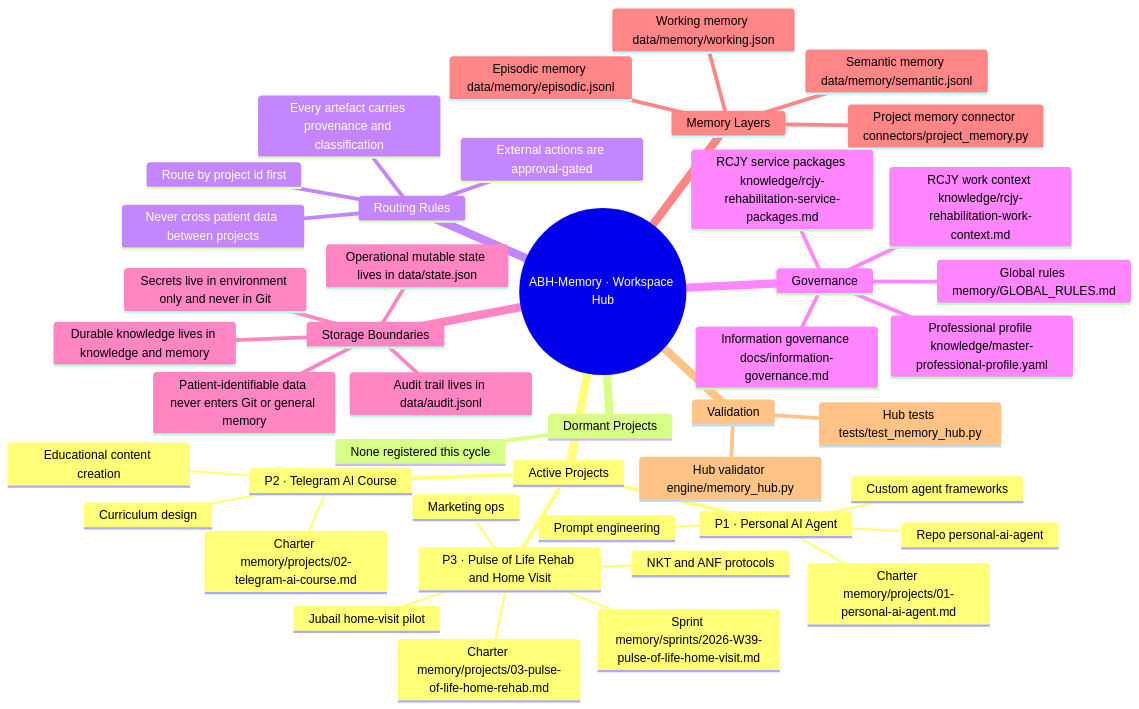
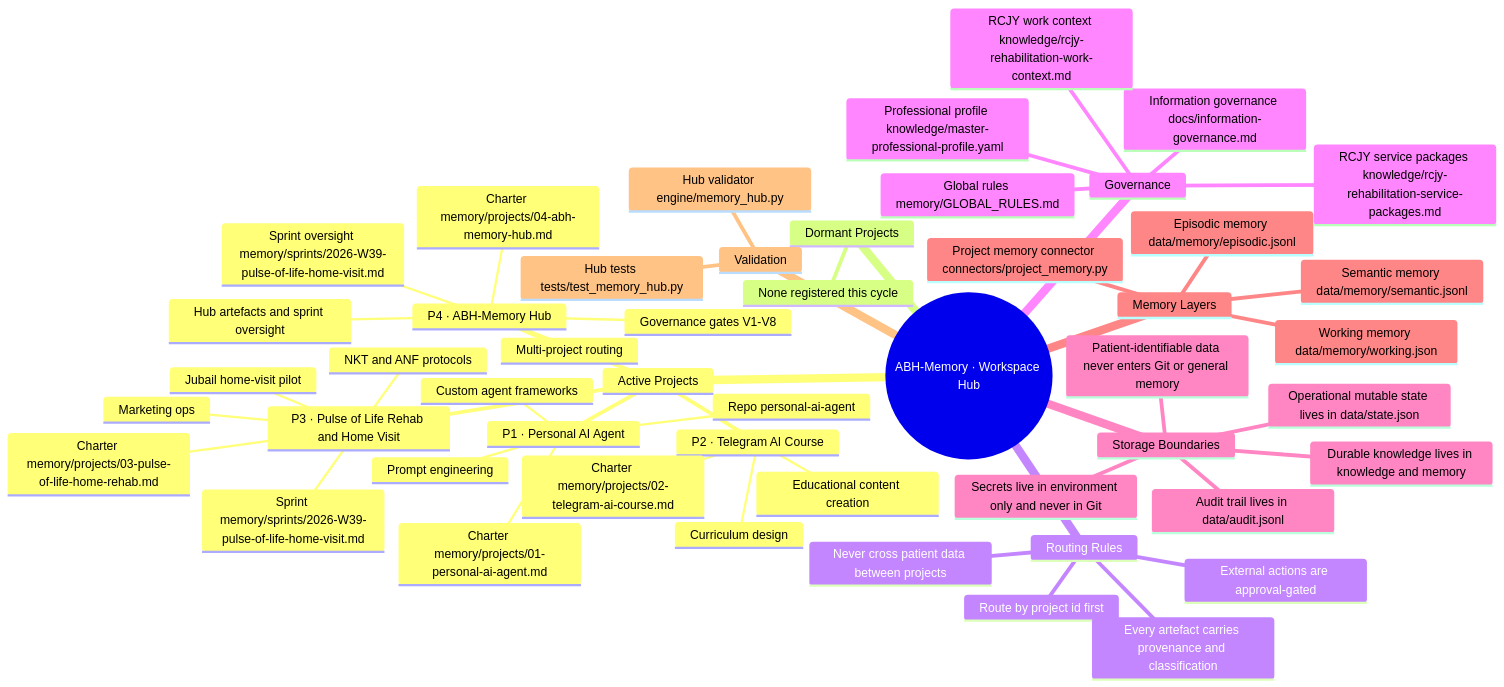
One commit to addn2030-svg/personal-ai-agent changed the diagram in root_memory.mmd. Above: the diagram before and after it, drawn with Mermaid. The commit also changed 5 other files, not shown here.

First line of the commit message:
hub(P4): register ABH-Memory Hub as a tracked project — charter, registry, map, tests

```diff
--- a/root_memory.mmd
+++ b/root_memory.mmd
@@ -1,45 +1,51 @@
 mindmap
   root((ABH-Memory · Workspace Hub))
     Active Projects
       P1 · Personal AI Agent
         Prompt engineering
         Custom agent frameworks
         Repo personal-ai-agent
         Charter memory/projects/01-personal-ai-agent.md
       P2 · Telegram AI Course
         Educational content creation
         Curriculum design
         Charter memory/projects/02-telegram-ai-course.md
       P3 · Pulse of Life Rehab and Home Visit
         Jubail home-visit pilot
         NKT and ANF protocols
         Marketing ops
         Charter memory/projects/03-pulse-of-life-home-rehab.md
         Sprint memory/sprints/2026-W39-pulse-of-life-home-visit.md
+      P4 · ABH-Memory Hub
+        Multi-project routing
+        Governance gates V1-V8
+        Hub artefacts and sprint oversight
+        Charter memory/projects/04-abh-memory-hub.md
+        Sprint oversight memory/sprints/2026-W39-pulse-of-life-home-visit.md
     Dormant Projects
       None registered this cycle
     Routing Rules
       Route by project id first
       Never cross patient data between projects
       Every artefact carries provenance and classification
       External actions are approval-gated
     Governance
       Global rules memory/GLOBAL_RULES.md
       Information governance docs/information-governance.md
       Professional profile knowledge/master-professional-profile.yaml
       RCJY work context knowledge/rcjy-rehabilitation-work-context.md
       RCJY service packages knowledge/rcjy-rehabilitation-service-packages.md
     Storage Boundaries
       Durable knowledge lives in knowledge and memory
       Operational mutable state lives in data/state.json
       Audit trail lives in data/audit.jsonl
       Secrets live in environment only and never in Git
       Patient-identifiable data never enters Git or general memory
     Memory Layers
       Working memory data/memory/working.json
       Episodic memory data/memory/episodic.jsonl
       Semantic memory data/memory/semantic.jsonl
       Project memory connector connectors/project_memory.py
     Validation
       Hub validator engine/memory_hub.py
       Hub tests tests/test_memory_hub.py
```
